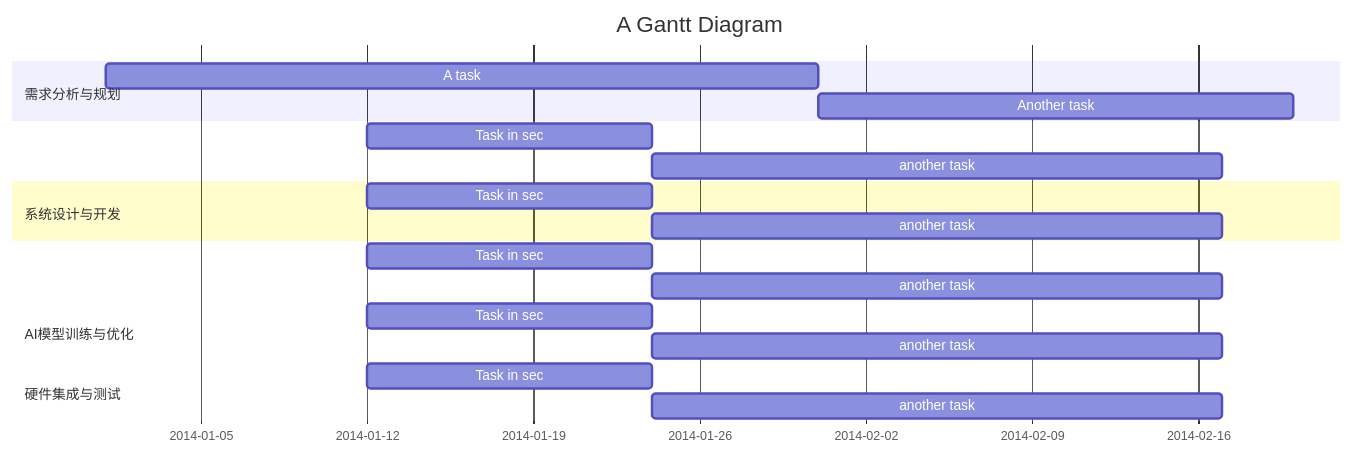
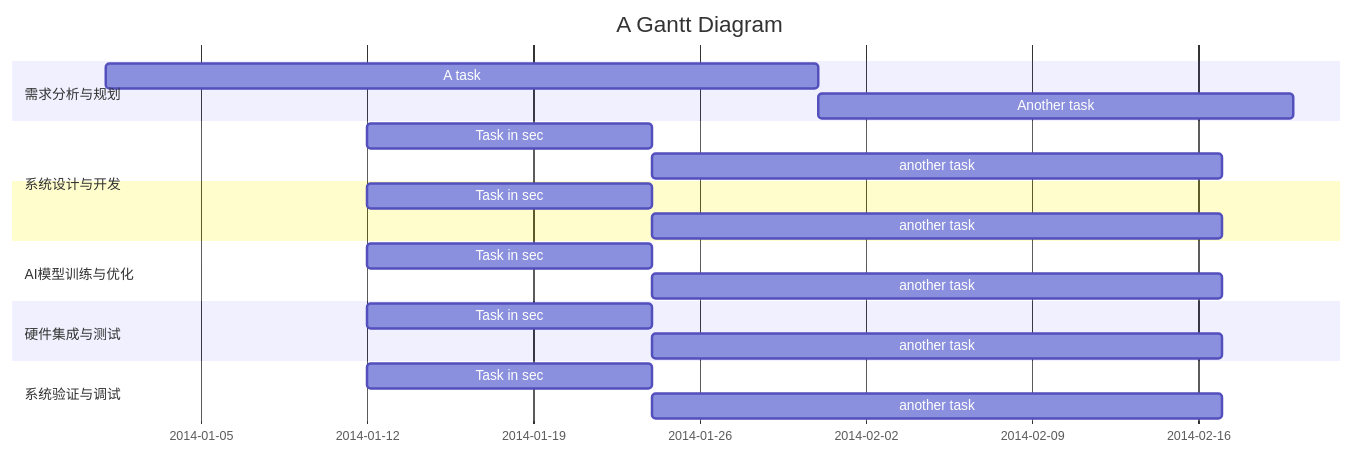
Before and after one commit to libobo6/iodraw-files: the diagram in all/代码甘特图.md, drawn with Mermaid.

Commit message:
2025-01-14 10:53:47 update

````diff
--- a/all/代码甘特图.md
+++ b/all/代码甘特图.md
@@ -1,23 +1,23 @@
 ```mermaid
 gantt
     title A Gantt Diagram
     dateFormat  YYYY-MM-DD
     section 需求分析与规划
     A task           :a1, 2014-01-01, 30d
     Another task     :after a1  , 20d
     section 系统设计与开发
     Task in sec      :2014-01-12  , 12d
     another task      : 24d
     section AI模型训练与优化
     Task in sec      :2014-01-12  , 12d
     another task      : 24d
     section 硬件集成与测试
     Task in sec      :2014-01-12  , 12d
     another task      : 24d
-    section 系统设计与开发
+    section 系统验证与调试
     Task in sec      :2014-01-12  , 12d
     another task      : 24d
         section 系统设计与开发
     Task in sec      :2014-01-12  , 12d
     another task      : 24d
 ```
````
